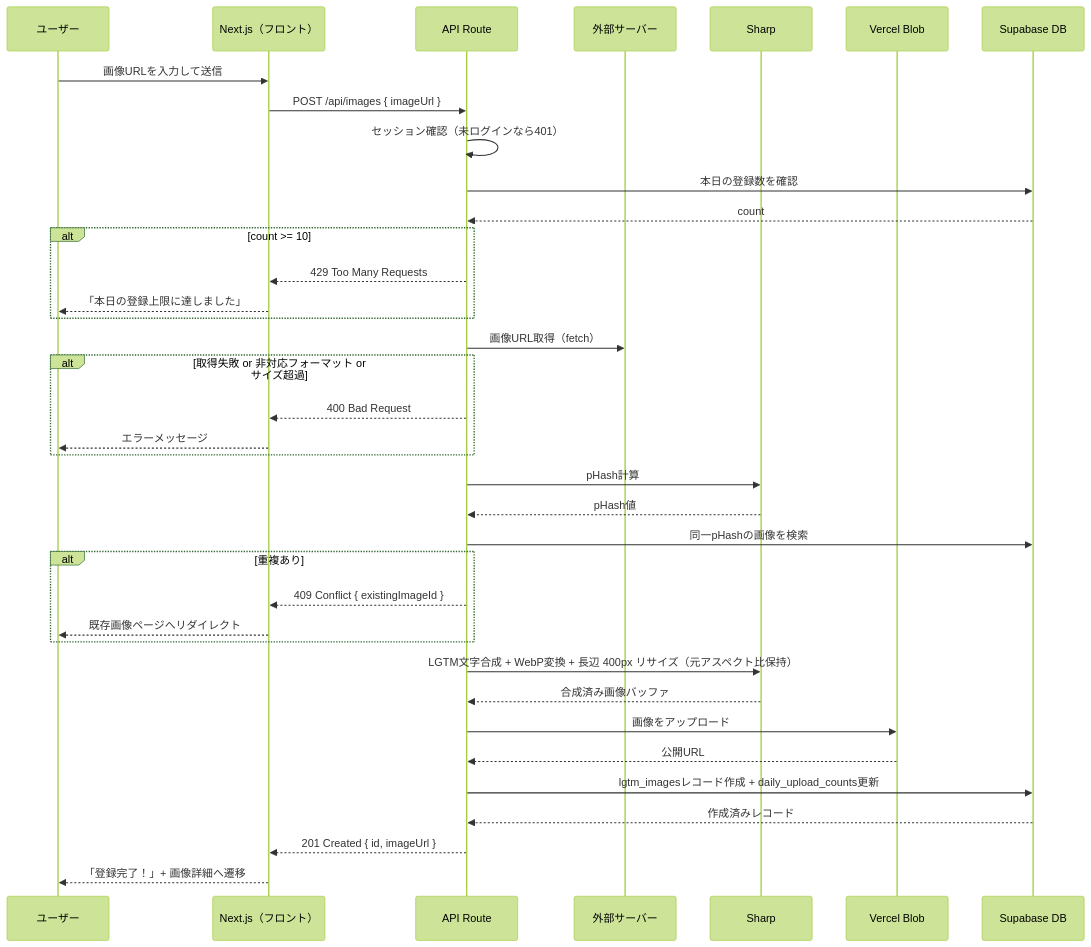
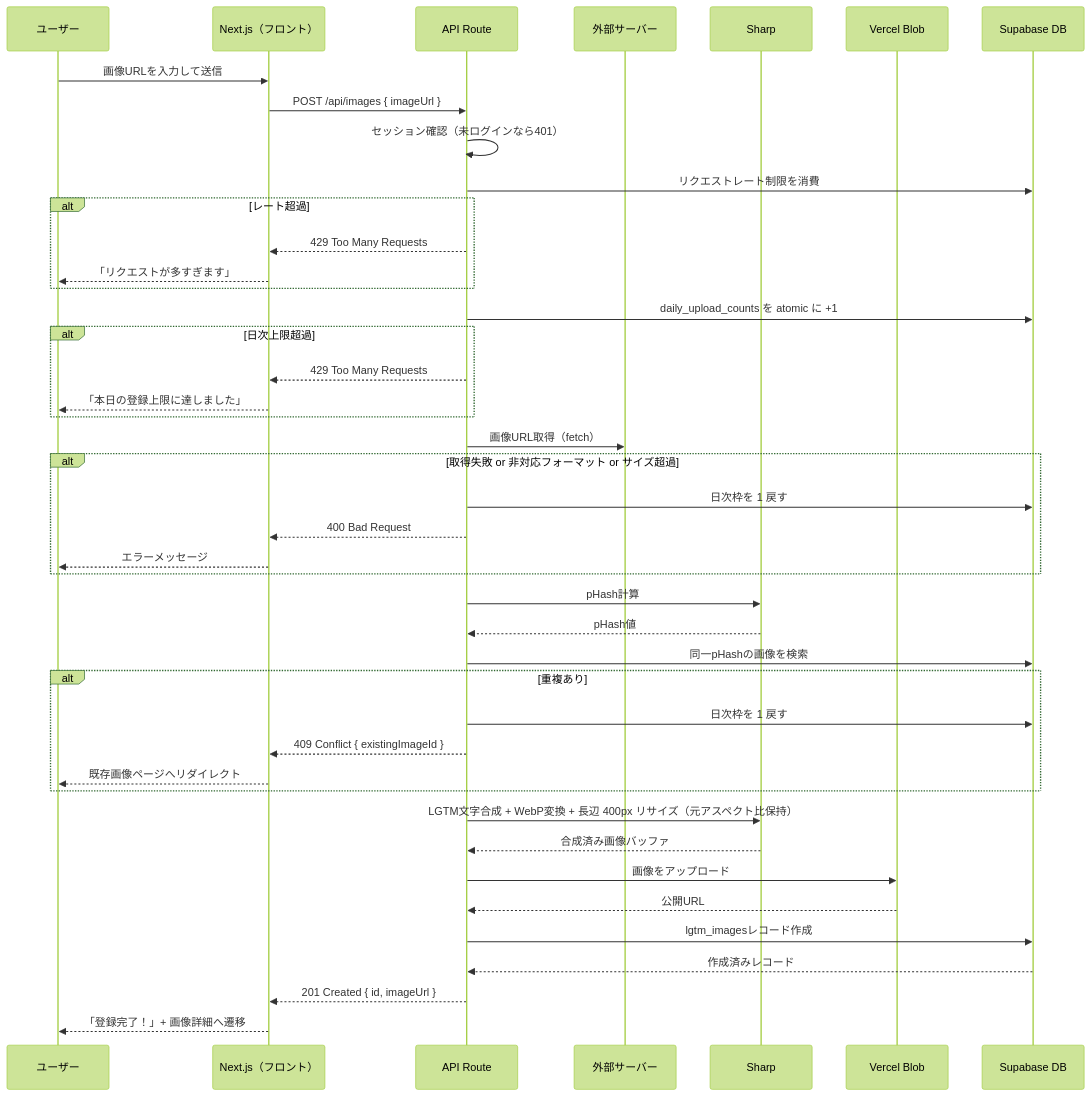
The fourth of 4 diagrams in docs/functional-design.md (kakikubo/lgtmhub), drawn with Mermaid (forest theme) before and after one commit. The commit also changed other lines of this file and 30 other files, not shown here.

````diff
--- a/docs/functional-design.md
+++ b/docs/functional-design.md
@@ -540,40 +544,46 @@
 ```mermaid
 sequenceDiagram
     participant U as ユーザー
     participant FE as Next.js（フロント）
     participant API as API Route
     participant Ext as 外部サーバー
     participant Sharp as Sharp
     participant Blob as Vercel Blob
     participant DB as Supabase DB
 
     U->>FE: 画像URLを入力して送信
     FE->>API: POST /api/images { imageUrl }
     API->>API: セッション確認（未ログインなら401）
-    API->>DB: 本日の登録数を確認
-    DB-->>API: count
-    alt count >= 10
+    API->>DB: リクエストレート制限を消費
+    alt レート超過
+        API-->>FE: 429 Too Many Requests
+        FE-->>U: 「リクエストが多すぎます」
+    end
+    API->>DB: daily_upload_counts を atomic に +1
+    alt 日次上限超過
         API-->>FE: 429 Too Many Requests
         FE-->>U: 「本日の登録上限に達しました」
     end
     API->>Ext: 画像URL取得（fetch）
     alt 取得失敗 or 非対応フォーマット or サイズ超過
+        API->>DB: 日次枠を 1 戻す
         API-->>FE: 400 Bad Request
         FE-->>U: エラーメッセージ
     end
     API->>Sharp: pHash計算
     Sharp-->>API: pHash値
     API->>DB: 同一pHashの画像を検索
     alt 重複あり
+        API->>DB: 日次枠を 1 戻す
         API-->>FE: 409 Conflict { existingImageId }
         FE-->>U: 既存画像ページへリダイレクト
     end
     API->>Sharp: LGTM文字合成 + WebP変換 + 長辺 400px リサイズ（元アスペクト比保持）
     Sharp-->>API: 合成済み画像バッファ
     API->>Blob: 画像をアップロード
     Blob-->>API: 公開URL
-    API->>DB: lgtm_imagesレコード作成 + daily_upload_counts更新
+    API->>DB: lgtm_imagesレコード作成
     DB-->>API: 作成済みレコード
     API-->>FE: 201 Created { id, imageUrl }
     FE-->>U: 「登録完了！」+ 画像詳細へ遷移
 ```
````
